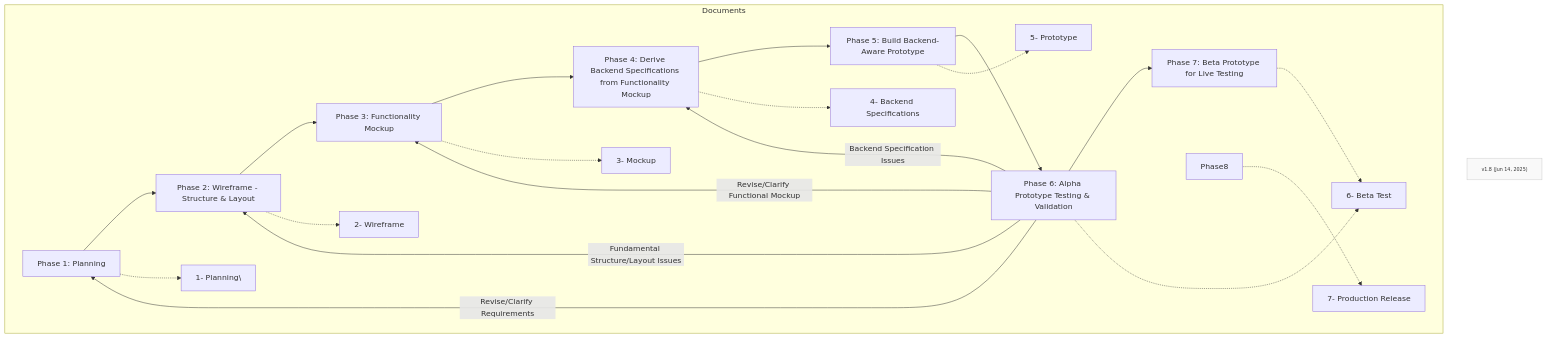
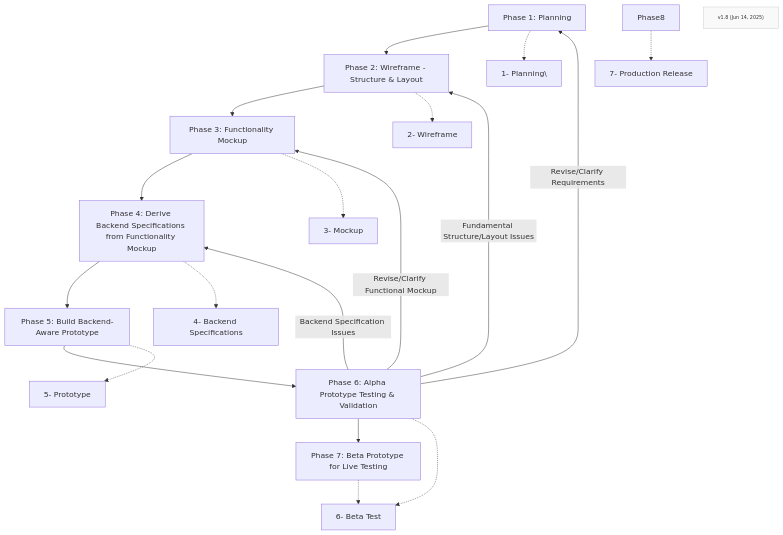
One commit to Mharbulous/Front-First-Method changed the first of 2 diagrams in Phases/FF-overview.md. Above: the diagram before and after it, drawn with Mermaid.

````diff
--- a/Phases/FF-overview.md
+++ b/Phases/FF-overview.md
@@ -1,30 +1,30 @@
 ```mermaid
 graph TD
     Phase1["Phase 1: Planning"] --> Phase2["Phase 2: Wireframe - Structure & Layout"]
     Phase2 --> Phase3["Phase 3: Functionality Mockup"]
     Phase3 --> Phase4["Phase 4: Derive Backend Specifications from Functionality Mockup"]
     Phase4 --> Phase5["Phase 5: Build Backend-Aware Prototype"]
     Phase5 --> Phase6["Phase 6: Alpha Prototype Testing & Validation"]
     Phase6 --> Phase7["Phase 7: Beta Prototype for Live Testing"]
     
     Phase6 -->|Revise/Clarify Requirements| Phase1
     Phase6 -->|Fundamental Structure/Layout Issues| Phase2
     Phase6 -->|Revise/Clarify Functional Mockup| Phase3
     Phase6 -->|Backend Specification Issues| Phase4    
 
-subgraph Files["Documents"]
+
         Phase1 -.-> PRD["1- Planning\"]
         Phase2 -.-> Wireframe["2- Wireframe"]
         Phase3 -.-> Mockup["3- Mockup"]
         Phase4 -.-> Specs["4- Backend Specifications"]
         Phase5 -.-> Prototype["5- Prototype"]
         Phase6 -.-> Alpha["5- Alpha Test"]
         Phase7 -.-> Alpha["6- Beta Test"]
         Phase8 -.-> Production["7- Production Release"]
-    end
+
        
 
     VersionInfo["v1.8 (Jun 14, 2025)"]
     classDef version fill:#f9f9f9,stroke:#ccc,font-size:10px;
     class VersionInfo version
 ```
````
